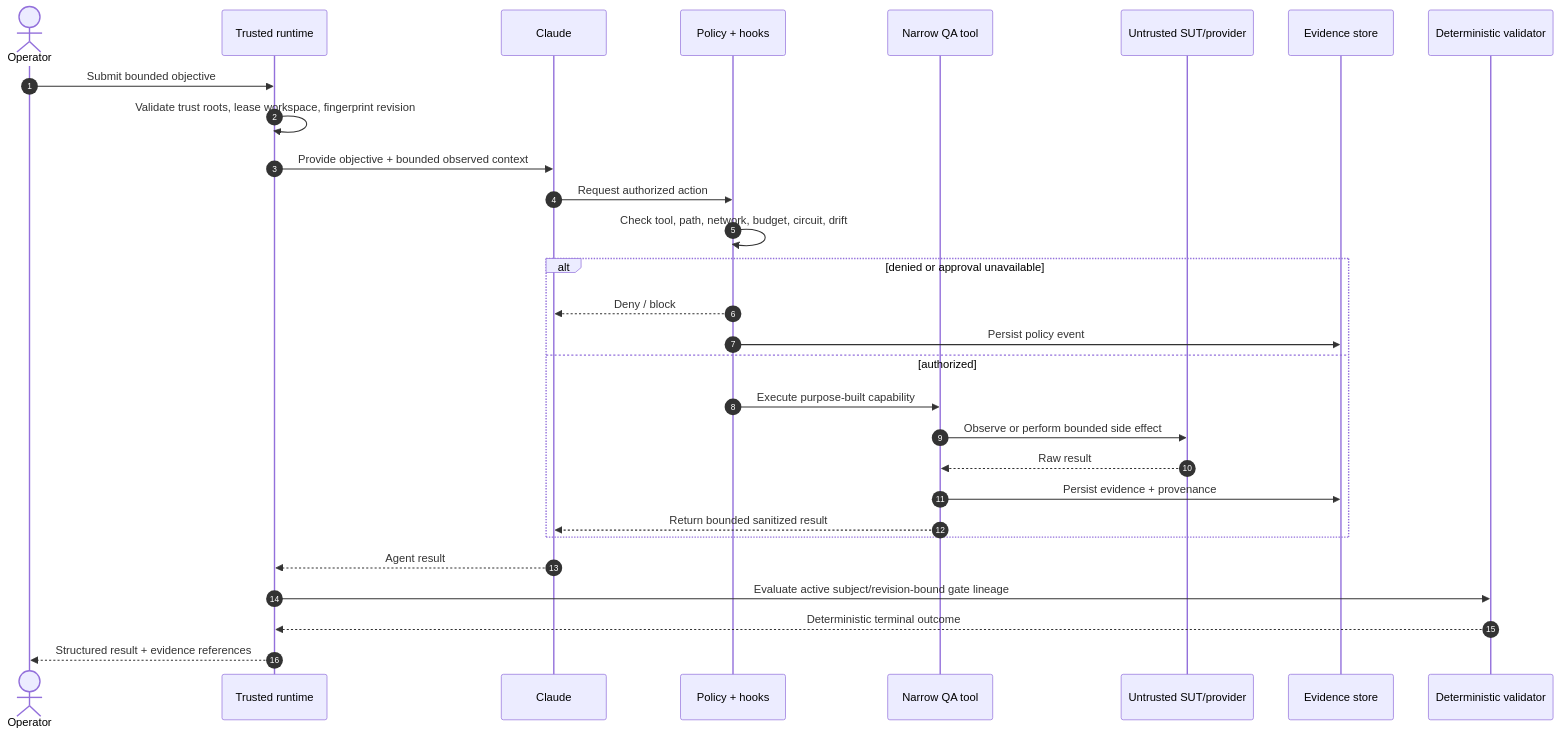
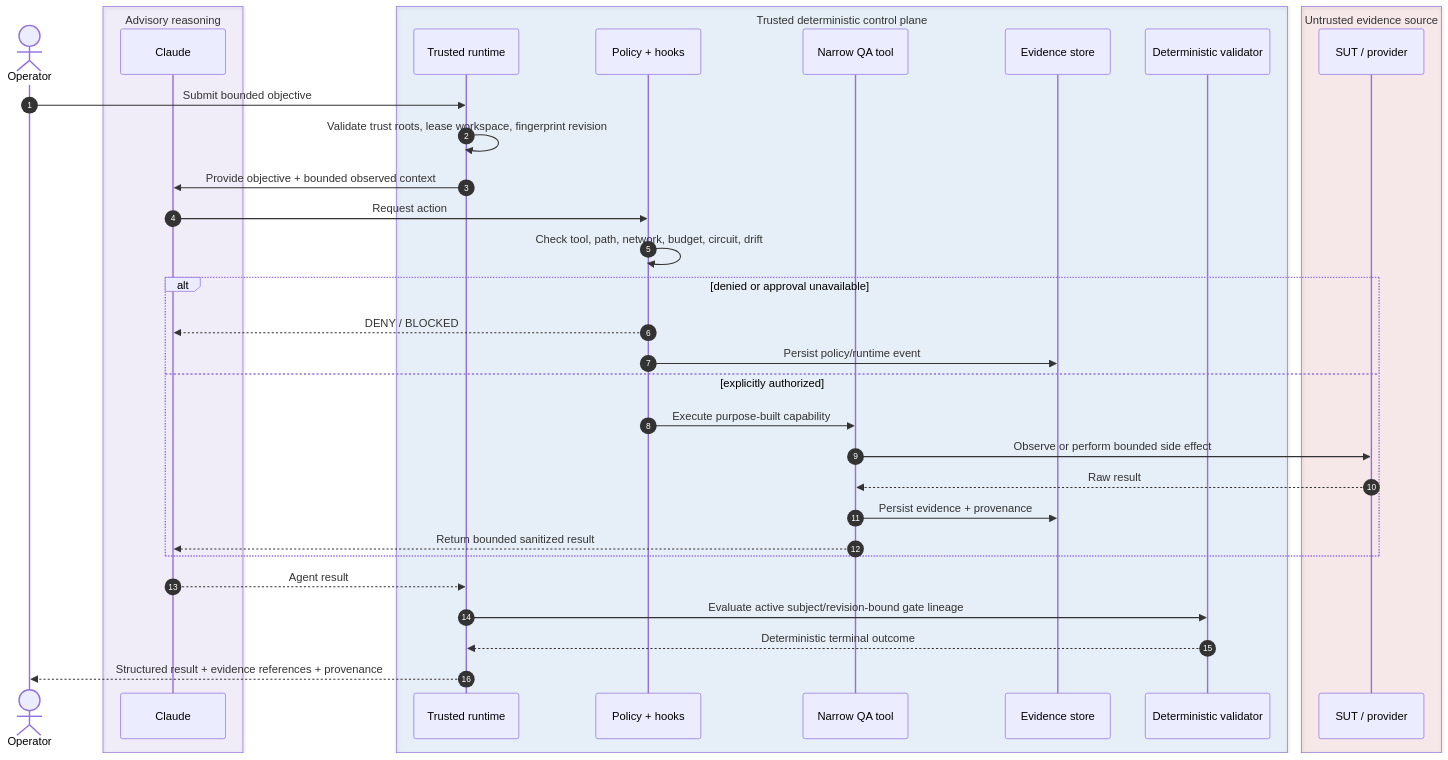
One commit to portyu9/ai-qa-automation changed the second of 4 diagrams in README.md. Above: the diagram before and after it, drawn with Mermaid. The commit also changed other lines of this file, not shown here.

Commit message:
docs: elevate Mermaid architecture semantics and styling

````diff
--- a/README.md
+++ b/README.md
@@ -156,32 +184,46 @@
 ```mermaid
 sequenceDiagram
+    accTitle: Bounded agent request, authorization, evidence, and terminal validation sequence
+    accDescr: The operator submits an objective to the trusted runtime. Claude proposes actions, deterministic policy authorizes or denies them, controlled tools observe the untrusted target or provider, evidence is persisted, and deterministic validation derives the terminal outcome.
     autonumber
+
     actor O as Operator
-    participant R as Trusted runtime
-    participant C as Claude
-    participant P as Policy + hooks
-    participant T as Narrow QA tool
-    participant U as Untrusted SUT/provider
-    participant E as Evidence store
-    participant V as Deterministic validator
+
+    box rgba(130,80,223,0.08) Advisory reasoning
+      participant C as Claude
+    end
+
+    box rgba(9,105,218,0.08) Trusted deterministic control plane
+      participant R as Trusted runtime
+      participant P as Policy + hooks
+      participant T as Narrow QA tool
+      participant E as Evidence store
+      participant V as Deterministic validator
+    end
+
+    box rgba(207,34,46,0.08) Untrusted evidence source
+      participant U as SUT / provider
+    end
 
     O->>R: Submit bounded objective
     R->>R: Validate trust roots, lease workspace, fingerprint revision
     R->>C: Provide objective + bounded observed context
-    C->>P: Request authorized action
+    C->>P: Request action
     P->>P: Check tool, path, network, budget, circuit, drift
+
     alt denied or approval unavailable
-        P-->>C: Deny / block
-        P->>E: Persist policy event
-    else authorized
+        P-->>C: DENY / BLOCKED
+        P->>E: Persist policy/runtime event
+    else explicitly authorized
         P->>T: Execute purpose-built capability
         T->>U: Observe or perform bounded side effect
         U-->>T: Raw result
         T->>E: Persist evidence + provenance
         T-->>C: Return bounded sanitized result
     end
+
     C-->>R: Agent result
     R->>V: Evaluate active subject/revision-bound gate lineage
     V-->>R: Deterministic terminal outcome
-    R-->>O: Structured result + evidence references
+    R-->>O: Structured result + evidence references + provenance
 ```
````
